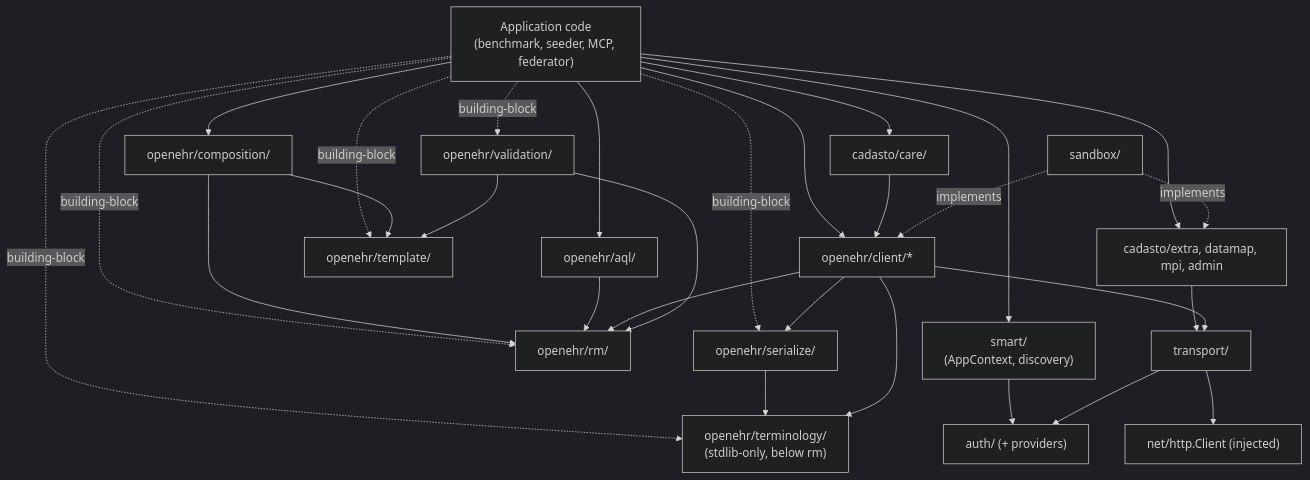
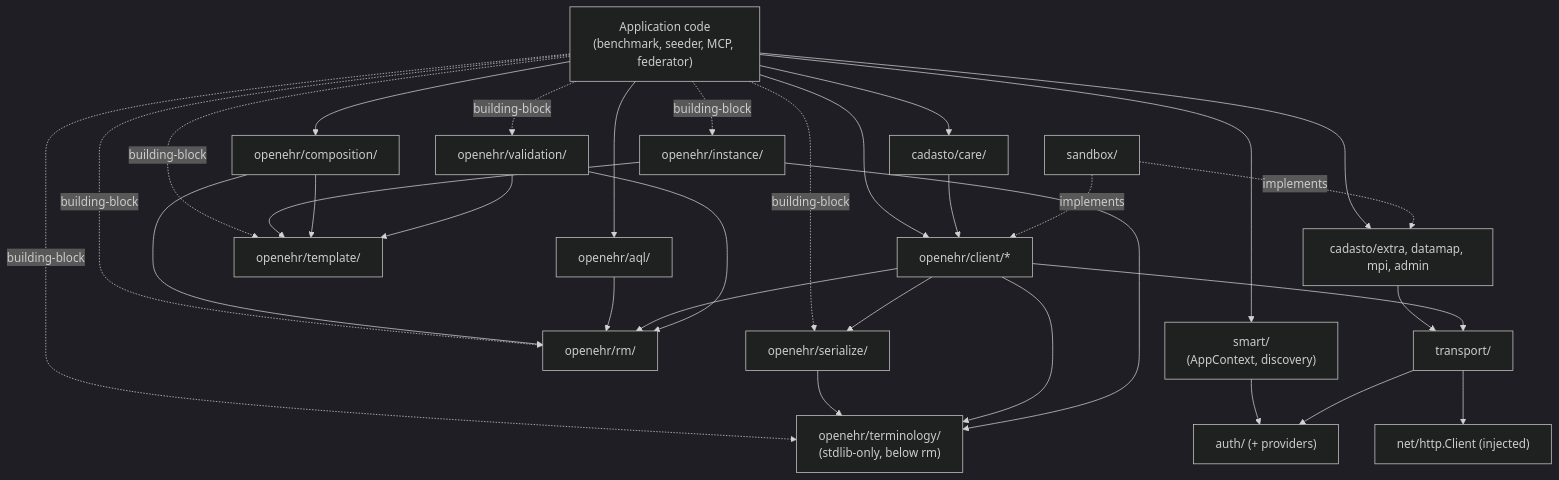
The first of 2 diagrams in docs/architecture.md (Cadasto/openehr-sdk-go), drawn with Mermaid (dark theme) before and after one commit. The commit also changed 5 other files, not shown here.

````diff
--- a/docs/architecture.md
+++ b/docs/architecture.md
@@ -43,49 +43,53 @@
 ```mermaid
 flowchart TD
   App["Application code<br/>(benchmark, seeder, MCP, federator)"]
   Care["cadasto/care/"]
   Cadasto["cadasto/extra, datamap, mpi, admin"]
   Smart["smart/<br/>(AppContext, discovery)"]
   Composition["openehr/composition/"]
   Aql["openehr/aql/"]
   Client["openehr/client/*"]
   Rm["openehr/rm/"]
   Terminology["openehr/terminology/<br/>(stdlib-only, below rm)"]
   Serialize["openehr/serialize/"]
+  Instance["openehr/instance/"]
   Validation["openehr/validation/"]
   Template["openehr/template/"]
   Http["transport/"]
   Auth["auth/ (+ providers)"]
   StdHttp["net/http.Client (injected)"]
   Sandbox["sandbox/"]
 
   App --> Care
   App --> Smart
   App --> Composition
   App --> Aql
   App --> Client
   App --> Cadasto
   App -. building-block .-> Rm
   App -. building-block .-> Serialize
   App -. building-block .-> Validation
   App -. building-block .-> Template
   App -. building-block .-> Terminology
+  App -. building-block .-> Instance
   Serialize --> Terminology
   Client --> Terminology
+  Instance --> Terminology
+  Instance --> Template
 
   Care --> Client
   Cadasto --> Http
   Smart --> Auth
   Composition --> Template
   Composition --> Rm
   Aql --> Rm
   Client --> Http
   Client --> Rm
   Client --> Serialize
   Validation --> Rm
   Validation --> Template
   Http --> Auth
   Http --> StdHttp
   Sandbox -. implements .-> Client
   Sandbox -. implements .-> Cadasto
 ```
````
